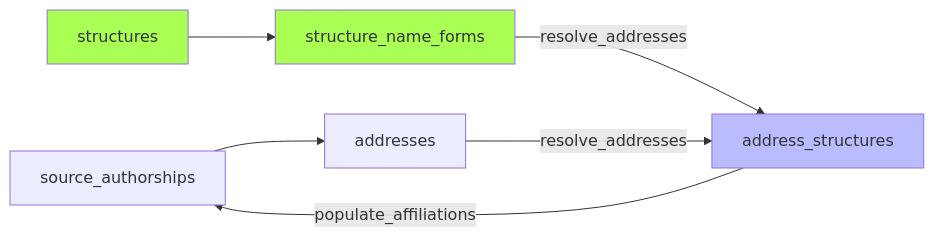
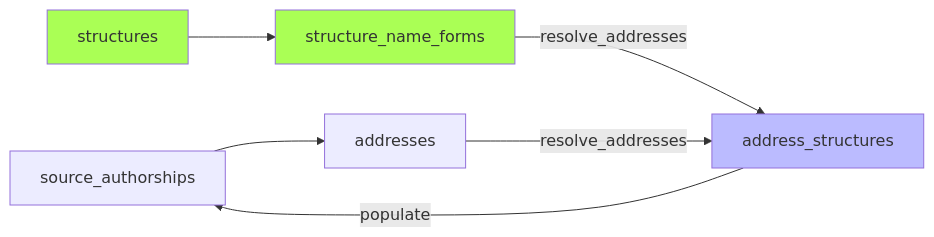
The diagram in docs/pipeline/04-affiliations.md (Y33sha/bibliometrie-uca), drawn with Mermaid before and after one commit. The commit also changed other lines of this file and 29 other files, not shown here.

````diff
--- a/docs/pipeline/04-affiliations.md
+++ b/docs/pipeline/04-affiliations.md
@@ -5,12 +5,12 @@
 ```mermaid
 flowchart LR
     A[source_authorships]-->B[addresses]
     D[structures]-->E[structure_name_forms]
     E-->|resolve_addresses|F[address_structures]
     B-->|resolve_addresses|F
-    F-->|populate_affiliations|A
+    F-->|populate|A
     classDef new  fill:#bbf
     classDef valid  fill:#af5
     class F new;
     class D,E valid;
 ```
````
